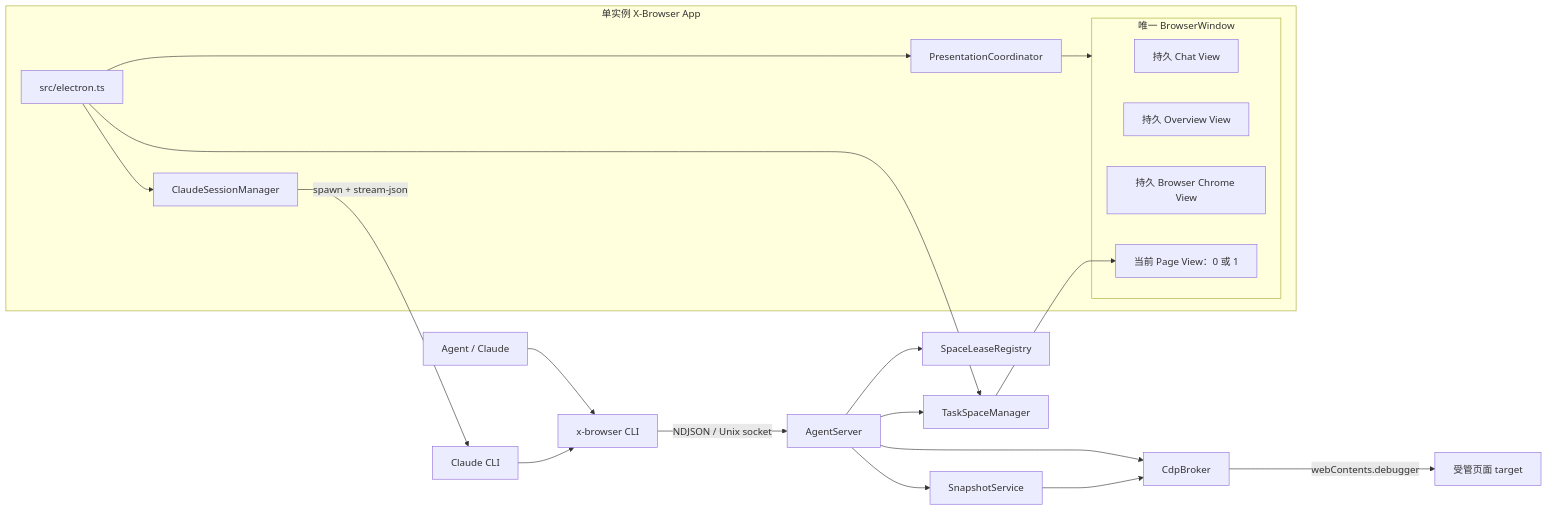
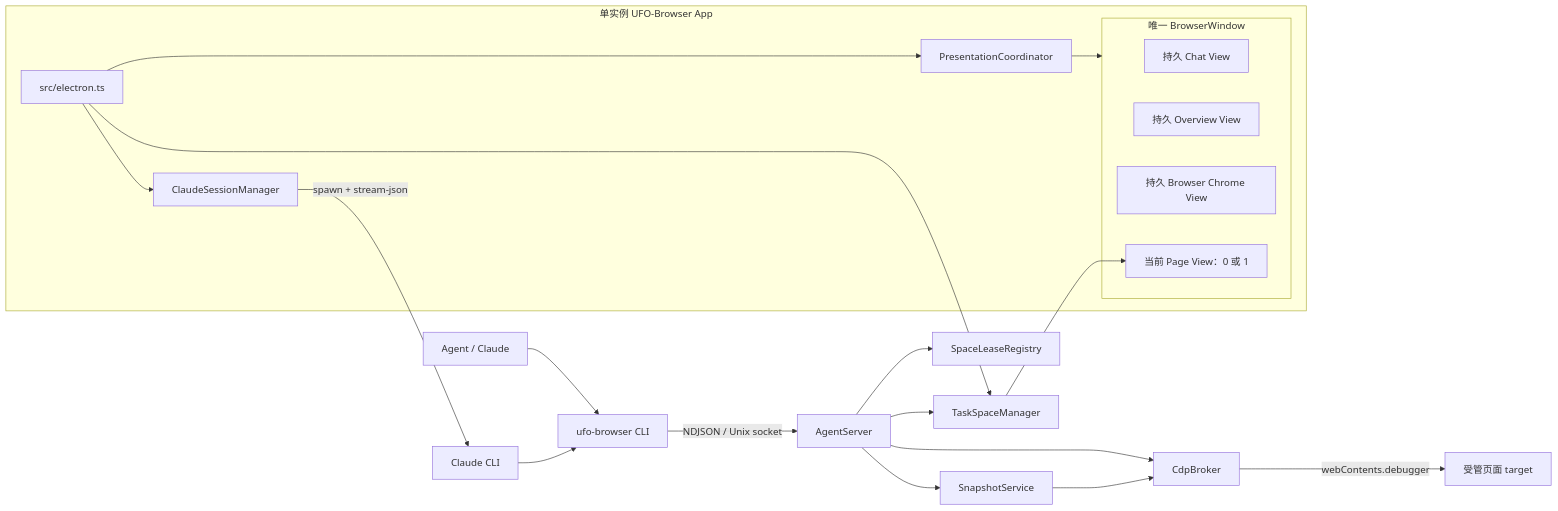
Before and after one commit to VictorSimon1/ufo-browser: the first of 2 diagrams in goal.md, drawn with Mermaid. The commit also changed other lines of this file and 43 other files, not shown here.

Commit message:
feat: rename project to UFO-Browser

````diff
--- a/goal.md
+++ b/goal.md
@@ -35,31 +35,31 @@
 ```mermaid
 flowchart LR
-  Agent["Agent / Claude"] --> CLI["x-browser CLI"]
+  Agent["Agent / Claude"] --> CLI["ufo-browser CLI"]
   CLI -->|"NDJSON / Unix socket"| Server["AgentServer"]
   Server --> Lease["SpaceLeaseRegistry"]
   Server --> Manager["TaskSpaceManager"]
   Server --> Snapshot["SnapshotService"]
   Server --> Broker["CdpBroker"]
   Broker -->|"webContents.debugger"| Target["受管页面 target"]
   Snapshot --> Broker
 
-  subgraph App["单实例 X-Browser App"]
+  subgraph App["单实例 UFO-Browser App"]
     Main["src/electron.ts"]
     Presentation["PresentationCoordinator"]
     ChatManager["ClaudeSessionManager"]
     subgraph Window["唯一 BrowserWindow"]
       Chat["持久 Chat View"]
       Overview["持久 Overview View"]
       Chrome["持久 Browser Chrome View"]
       Page["当前 Page View：0 或 1"]
     end
   end
 
   Main --> Presentation
   Main --> Manager
   Main --> ChatManager
   Presentation --> Window
   Manager --> Page
   ChatManager -->|"spawn + stream-json"| Claude["Claude CLI"]
   Claude --> CLI
 ```
````
